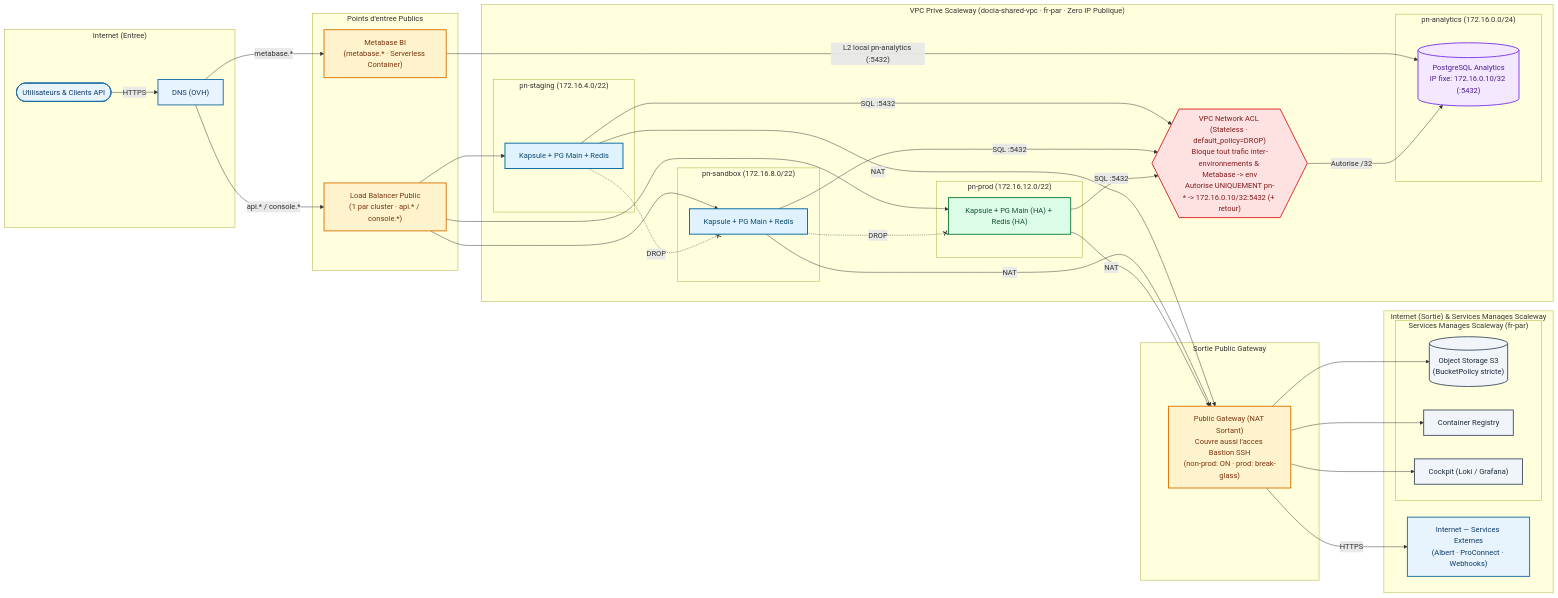
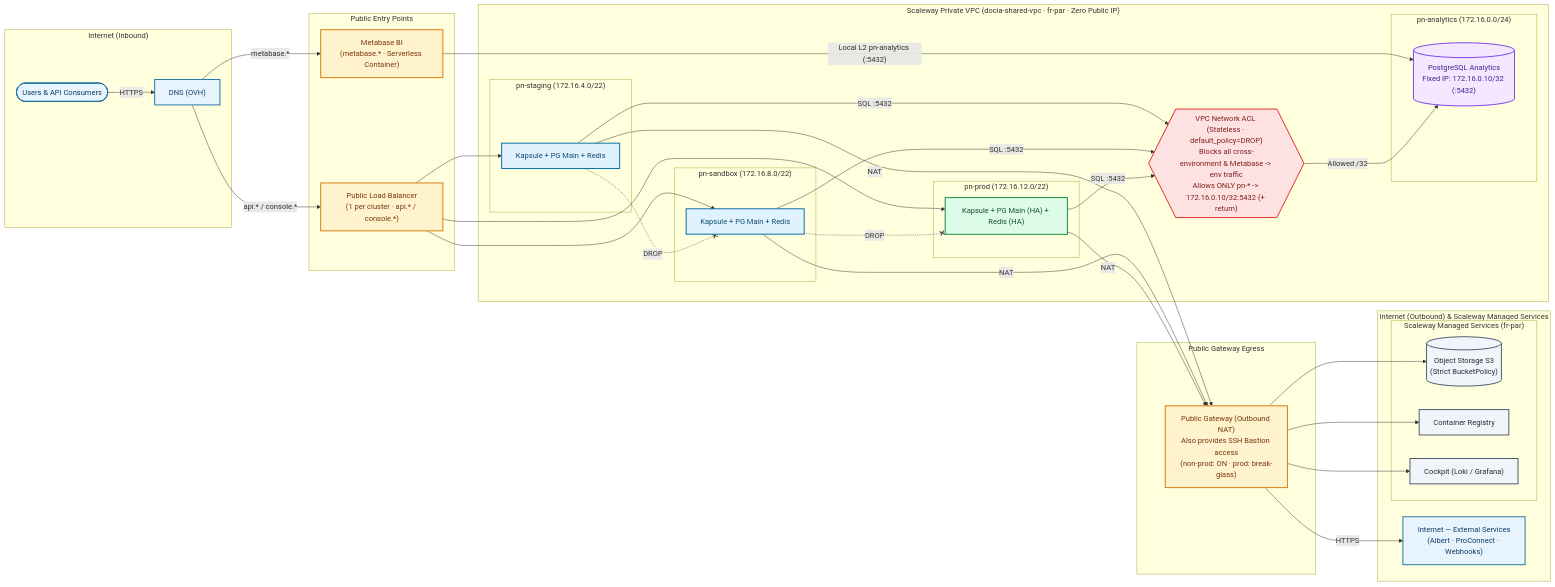
The ninth of 21 diagrams in docs/ARCHITECTURE.md (etalab-ia/document-ia-infra), drawn with Mermaid before and after one commit. The commit also changed other lines of this file, not shown here.

Commit message:
docs(architecture): translate remaining French labels in Mermaid diagrams to English

````diff
--- a/docs/ARCHITECTURE.md
+++ b/docs/ARCHITECTURE.md
@@ -609,81 +609,81 @@
 ```mermaid
 flowchart LR
     classDef internet fill:#e8f4fd,stroke:#1d6fa5,stroke-width:2px,color:#0d3b66
     classDef gateway fill:#fff3cd,stroke:#d97706,stroke-width:2px,color:#78350f
     classDef prod fill:#dcfce7,stroke:#15803d,stroke-width:2px,color:#14532d
     classDef nonprod fill:#e0f2fe,stroke:#0369a1,stroke-width:2px,color:#0c4a6e
     classDef analytics fill:#f3e8ff,stroke:#7c3aed,stroke-width:2px,color:#4c1d95
     classDef acl fill:#fee2e2,stroke:#dc2626,stroke-width:2px,color:#7f1d1d
     classDef scwService fill:#f1f5f9,stroke:#475569,stroke-width:2px,color:#1e293b
 
-    subgraph INTERNET_IN["Internet (Entree)"]
-        USERS(["Utilisateurs & Clients API"]):::internet
+    subgraph INTERNET_IN["Internet (Inbound)"]
+        USERS(["Users & API Consumers"]):::internet
         DNS["DNS (OVH)"]:::internet
     end
 
-    subgraph PUBLIC_IN["Points d'entree Publics"]
-        LB["Load Balancer Public<br/>(1 par cluster · api.* / console.*)"]:::gateway
+    subgraph PUBLIC_IN["Public Entry Points"]
+        LB["Public Load Balancer<br/>(1 per cluster · api.* / console.*)"]:::gateway
         METABASE["Metabase BI<br/>(metabase.* · Serverless Container)"]:::gateway
     end
 
-    subgraph VPC["VPC Prive Scaleway (docia-shared-vpc · fr-par · Zero IP Publique)"]
+    subgraph VPC["Scaleway Private VPC (docia-shared-vpc · fr-par · Zero Public IP)"]
         subgraph PN_STG["pn-staging (172.16.4.0/22)"]
             STG_RES["Kapsule + PG Main + Redis"]:::nonprod
         end
 
         subgraph PN_SBX["pn-sandbox (172.16.8.0/22)"]
             SBX_RES["Kapsule + PG Main + Redis"]:::nonprod
         end
 
         subgraph PN_PRD["pn-prod (172.16.12.0/22)"]
             PRD_RES["Kapsule + PG Main (HA) + Redis (HA)"]:::prod
         end
 
-        VPC_ACL{{"VPC Network ACL (Stateless · default_policy=DROP)<br/>Bloque tout trafic inter-environnements & Metabase -> env<br/>Autorise UNIQUEMENT pn-* -> 172.16.0.10/32:5432 (+ retour)"}}:::acl
+        VPC_ACL{{"VPC Network ACL (Stateless · default_policy=DROP)<br/>Blocks all cross-environment & Metabase -> env traffic<br/>Allows ONLY pn-* -> 172.16.0.10/32:5432 (+ return)"}}:::acl
 
         subgraph PN_ANA["pn-analytics (172.16.0.0/24)"]
-            PG_ANA[("PostgreSQL Analytics<br/>IP fixe: 172.16.0.10/32 (:5432)")]:::analytics
+            PG_ANA[("PostgreSQL Analytics<br/>Fixed IP: 172.16.0.10/32 (:5432)")]:::analytics
         end
     end
 
-    subgraph PUBLIC_OUT["Sortie Public Gateway"]
-        PGW["Public Gateway (NAT Sortant)<br/>Couvre aussi l'acces Bastion SSH<br/>(non-prod: ON · prod: break-glass)"]:::gateway
+    subgraph PUBLIC_OUT["Public Gateway Egress"]
+        PGW["Public Gateway (Outbound NAT)<br/>Also provides SSH Bastion access<br/>(non-prod: ON · prod: break-glass)"]:::gateway
     end
 
-    subgraph DEST_OUT["Internet (Sortie) & Services Manages Scaleway"]
-        EXT["Internet — Services Externes<br/>(Albert · ProConnect · Webhooks)"]:::internet
-        subgraph MANAGED["Services Manages Scaleway (fr-par)"]
-            S3[("Object Storage S3<br/>(BucketPolicy stricte)")]:::scwService
+    subgraph DEST_OUT["Internet (Outbound) & Scaleway Managed Services"]
+        EXT["Internet — External Services<br/>(Albert · ProConnect · Webhooks)"]:::internet
+        subgraph MANAGED["Scaleway Managed Services (fr-par)"]
+            S3[("Object Storage S3<br/>(Strict BucketPolicy)")]:::scwService
             REG["Container Registry"]:::scwService
             COCKPIT["Cockpit (Loki / Grafana)"]:::scwService
         end
     end
 
-    %% Entrees Internet -> Points d'entree Publics -> VPC
+    %% Inbound Internet -> Public Entry Points -> VPC
     USERS -->|"HTTPS"| DNS
     DNS -->|"api.* / console.*"| LB
     DNS -->|"metabase.*"| METABASE
 
     LB --> STG_RES
     LB --> SBX_RES
     LB --> PRD_RES
-    METABASE -->|"L2 local pn-analytics (:5432)"| PG_ANA
+    METABASE -->|"Local L2 pn-analytics (:5432)"| PG_ANA
 
-    %% Isolation inter-reseaux via VPC ACL
+    %% Cross-network isolation via VPC ACL
     STG_RES -.-x|"DROP"| SBX_RES
     SBX_RES -.-x|"DROP"| PRD_RES
     STG_RES -->|"SQL :5432"| VPC_ACL
     SBX_RES -->|"SQL :5432"| VPC_ACL
     PRD_RES -->|"SQL :5432"| VPC_ACL
-    VPC_ACL -->|"Autorise /32"| PG_ANA
+    VPC_ACL -->|"Allowed /32"| PG_ANA
 
-    %% Sorties VPC -> Public Gateway -> Internet & Services Manages
+    %% Outbound VPC -> Public Gateway -> Internet & Managed Services
     STG_RES -->|"NAT"| PGW
     SBX_RES -->|"NAT"| PGW
     PRD_RES -->|"NAT"| PGW
 
     PGW -->|"HTTPS"| EXT
     PGW --> S3
     PGW --> REG
     PGW --> COCKPIT
 ```
````
